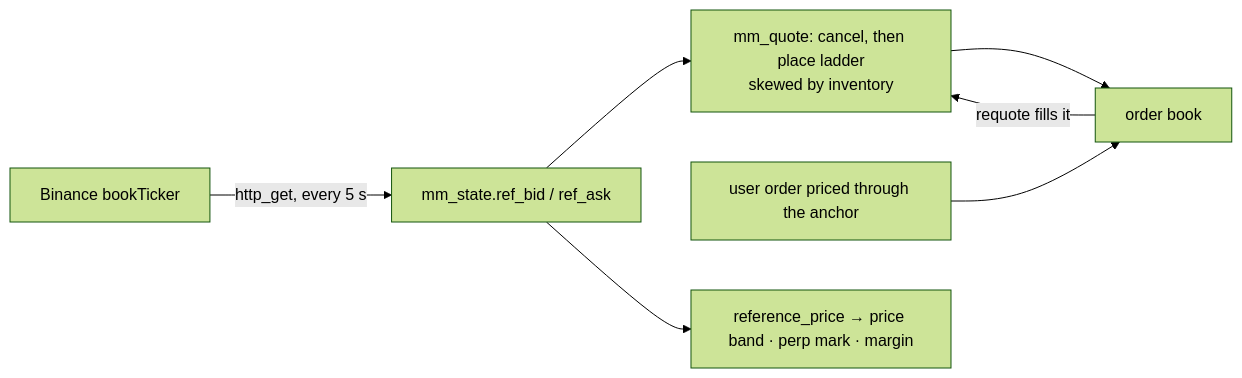
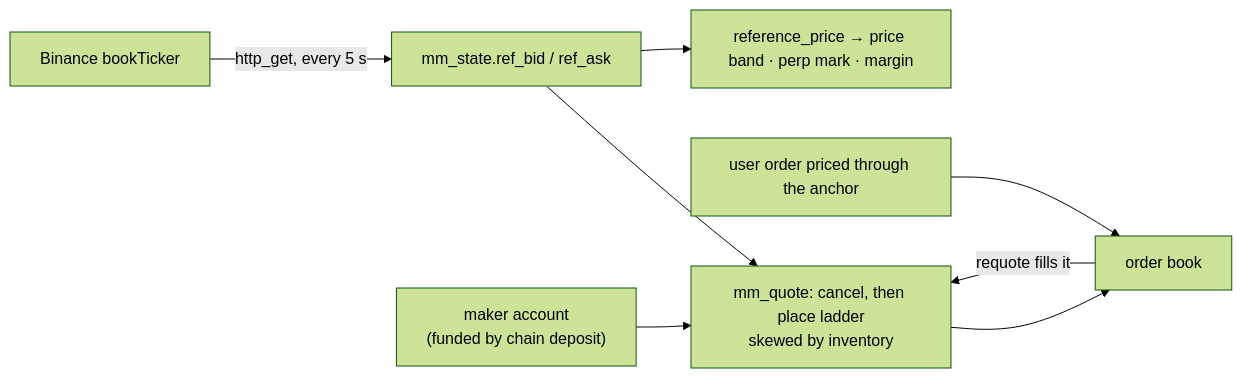
The diagram in docs/OPERATIONS.md (stars-labs/pg-outcry), drawn with Mermaid (forest theme) before and after one commit. The commit also changed other lines of this file and 7 other files, not shown here.

````diff
--- a/docs/OPERATIONS.md
+++ b/docs/OPERATIONS.md
@@ -47,9 +49,10 @@
 ```mermaid
 flowchart LR
   B["Binance bookTicker"] -->|"http_get, every 5 s"| R["mm_state.ref_bid / ref_ask"]
   R --> Q["mm_quote: cancel, then place ladder<br/>skewed by inventory"]
+  W["maker account<br/>(funded by chain deposit)"] --> Q
   Q --> OB["order book"]
   U["user order priced through the anchor"] --> OB
   OB -->|"requote fills it"| Q
   R --> P["reference_price → price band · perp mark · margin"]
 ```
````
